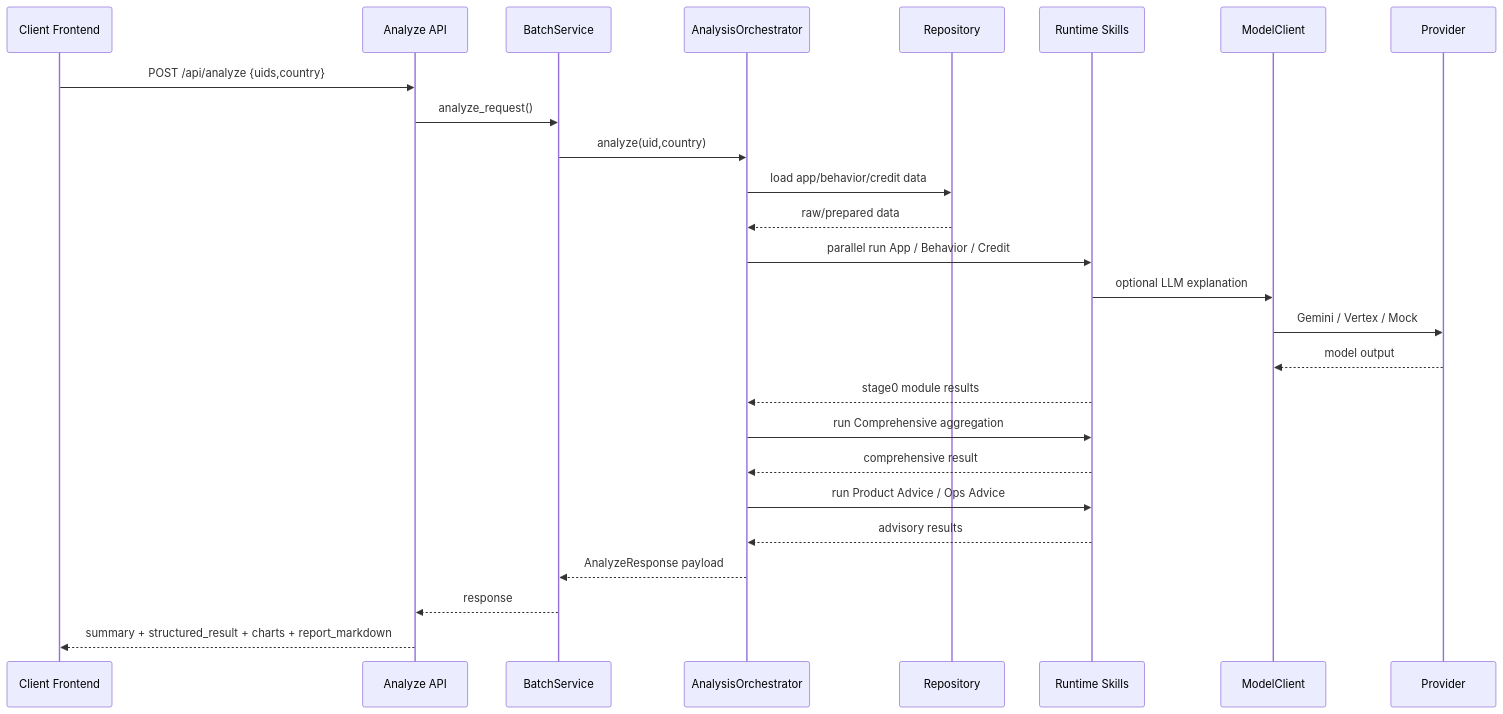
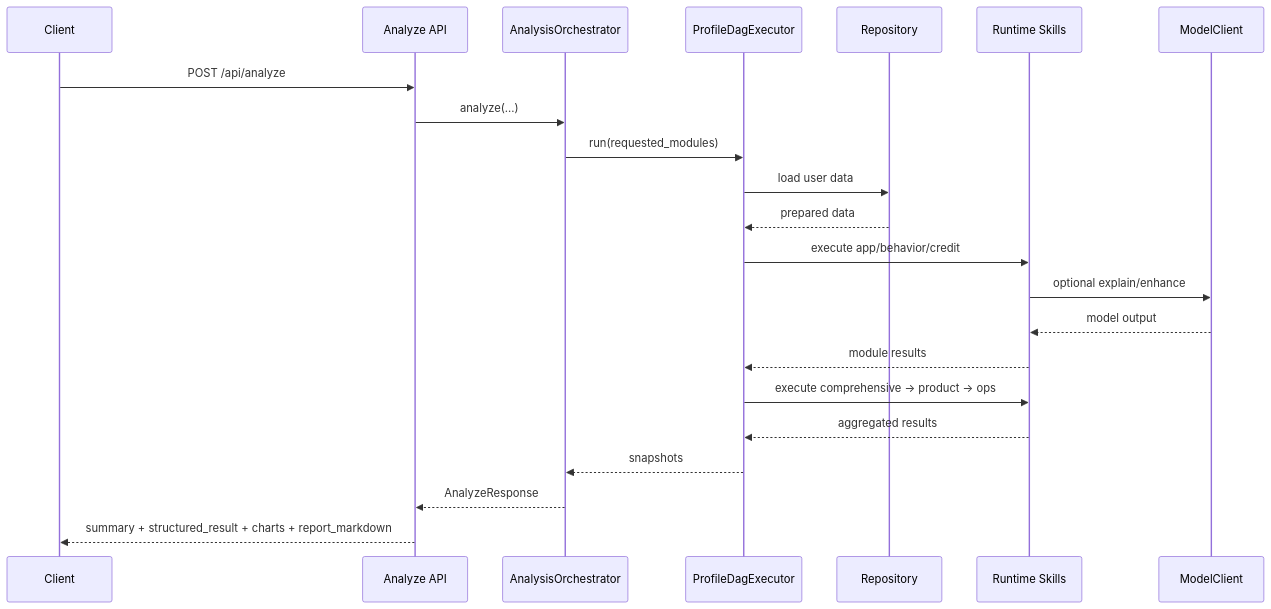
The second of 4 diagrams in README.md (lizheng33193/CHORD), drawn with Mermaid before and after one commit. The commit also changed other lines of this file, not shown here.

````diff
--- a/README.md
+++ b/README.md
@@ -314,29 +115,25 @@
 ```mermaid
 sequenceDiagram
-  participant C as Client Frontend
-  participant A as Analyze API
-  participant B as BatchService
-  participant O as AnalysisOrchestrator
-  participant R as Repository
-  participant S as Runtime Skills
-  participant M as ModelClient
-  participant P as Provider
+  participant Client as Client
+  participant API as Analyze API
+  participant Orch as AnalysisOrchestrator
+  participant DAG as ProfileDagExecutor
+  participant Repo as Repository
+  participant Skills as Runtime Skills
+  participant LLM as ModelClient
 
-  C->>A: POST /api/analyze {uids,country}
-  A->>B: analyze_request()
-  B->>O: analyze(uid,country)
-  O->>R: load app/behavior/credit data
-  R-->>O: raw/prepared data
-  O->>S: parallel run App / Behavior / Credit
-  S->>M: optional LLM explanation
-  M->>P: Gemini / Vertex / Mock
-  P-->>M: model output
-  S-->>O: stage0 module results
-  O->>S: run Comprehensive aggregation
-  S-->>O: comprehensive result
-  O->>S: run Product Advice / Ops Advice
-  S-->>O: advisory results
-  O-->>B: AnalyzeResponse payload
-  B-->>A: response
-  A-->>C: summary + structured_result + charts + report_markdown
+  Client->>API: POST /api/analyze
+  API->>Orch: analyze(...)
+  Orch->>DAG: run(requested_modules)
+  DAG->>Repo: load user data
+  Repo-->>DAG: prepared data
+  DAG->>Skills: execute app/behavior/credit
+  Skills->>LLM: optional explain/enhance
+  LLM-->>Skills: model output
+  Skills-->>DAG: module results
+  DAG->>Skills: execute comprehensive -> product -> ops
+  Skills-->>DAG: aggregated results
+  DAG-->>Orch: snapshots
+  Orch-->>API: AnalyzeResponse
+  API-->>Client: summary + structured_result + charts + report_markdown
 ```
````
